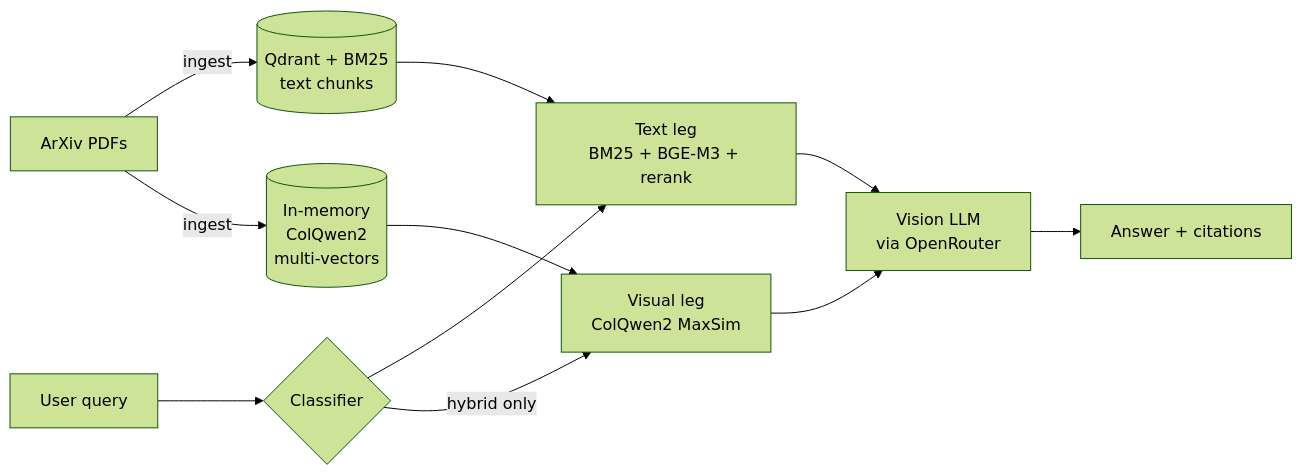
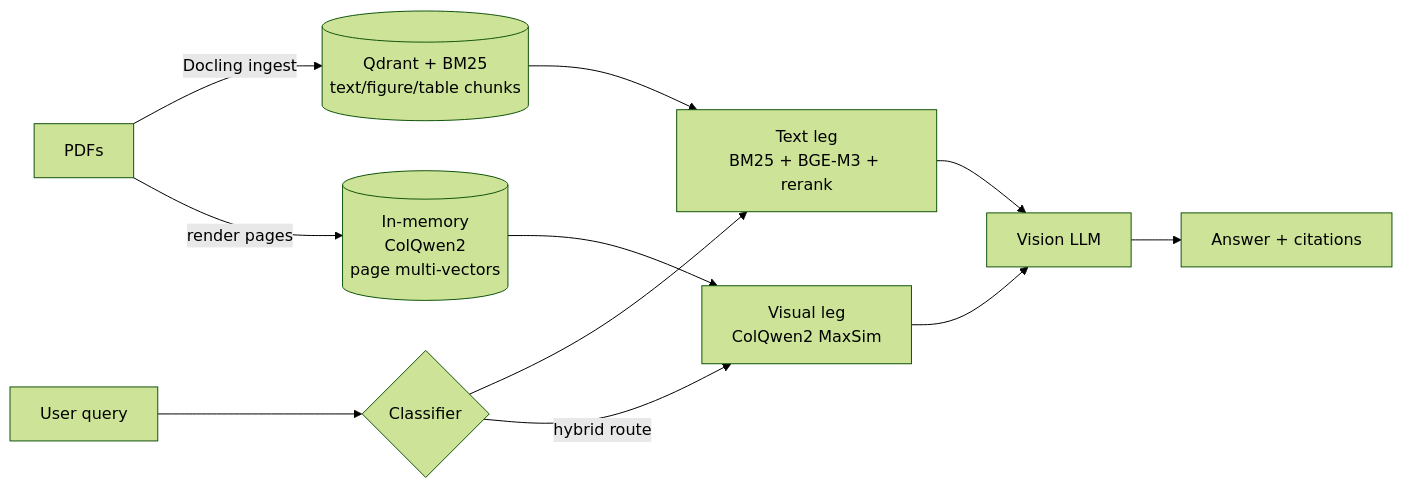
Before and after one commit to NorthernLightx/SpectraRAG: the diagram in README.md, drawn with Mermaid (forest theme). The commit also changed other lines of this file, not shown here.

First line of the commit message:
docs(readme): lead with problem then result then method; correct headline to measured LLM-router recall

````diff
--- a/README.md
+++ b/README.md
@@ -118,13 +61,13 @@
 ```mermaid
 flowchart LR
-    PDF[ArXiv PDFs] -->|ingest| TXTIDX[(Qdrant + BM25<br/>text chunks)]
-    PDF -->|ingest| VISIDX[(In-memory<br/>ColQwen2<br/>multi-vectors)]
+    PDF[PDFs] -->|Docling ingest| TXTIDX[(Qdrant + BM25<br/>text/figure/table chunks)]
+    PDF -->|render pages| VISIDX[(In-memory<br/>ColQwen2<br/>page multi-vectors)]
     Q[User query] --> CLF{Classifier}
     CLF --> TXT[Text leg<br/>BM25 + BGE-M3 + rerank]
-    CLF -->|hybrid only| VIS[Visual leg<br/>ColQwen2 MaxSim]
+    CLF -->|hybrid route| VIS[Visual leg<br/>ColQwen2 MaxSim]
     TXTIDX --> TXT
     VISIDX --> VIS
-    TXT --> LLM[Vision LLM<br/>via OpenRouter]
+    TXT --> LLM[Vision LLM]
     VIS --> LLM
     LLM --> A[Answer + citations]
 ```
````
